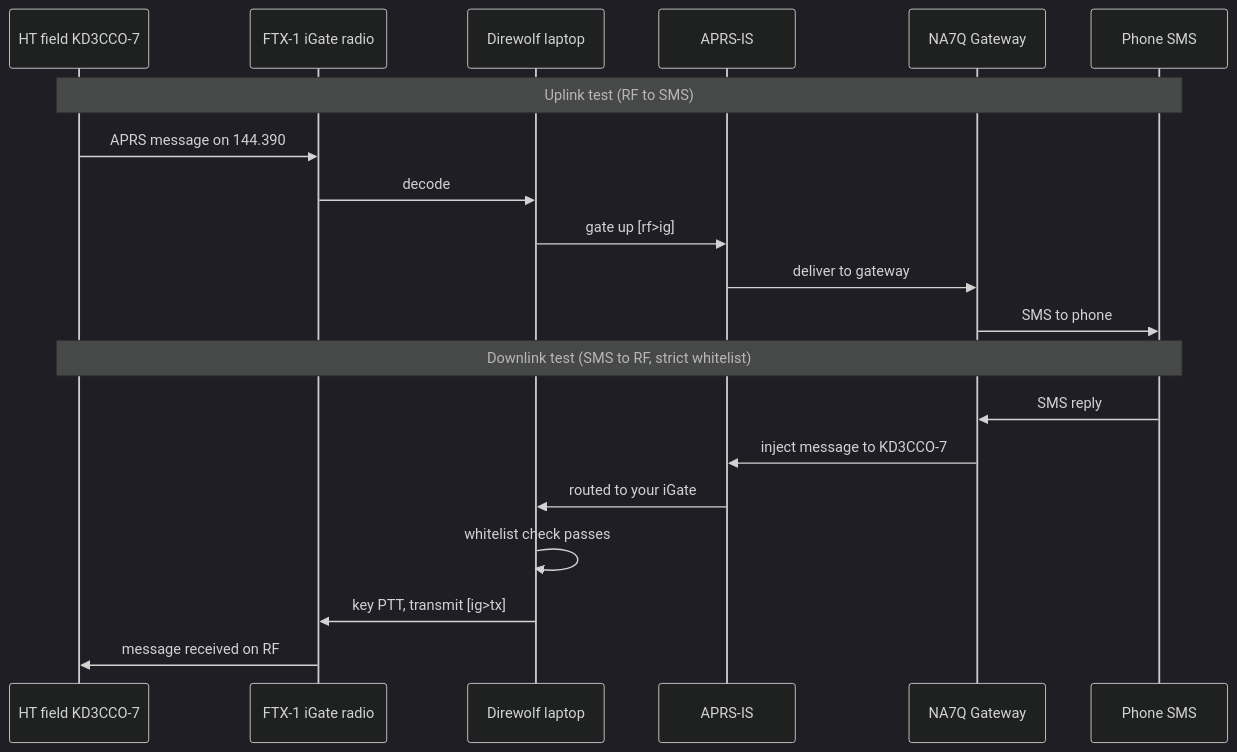
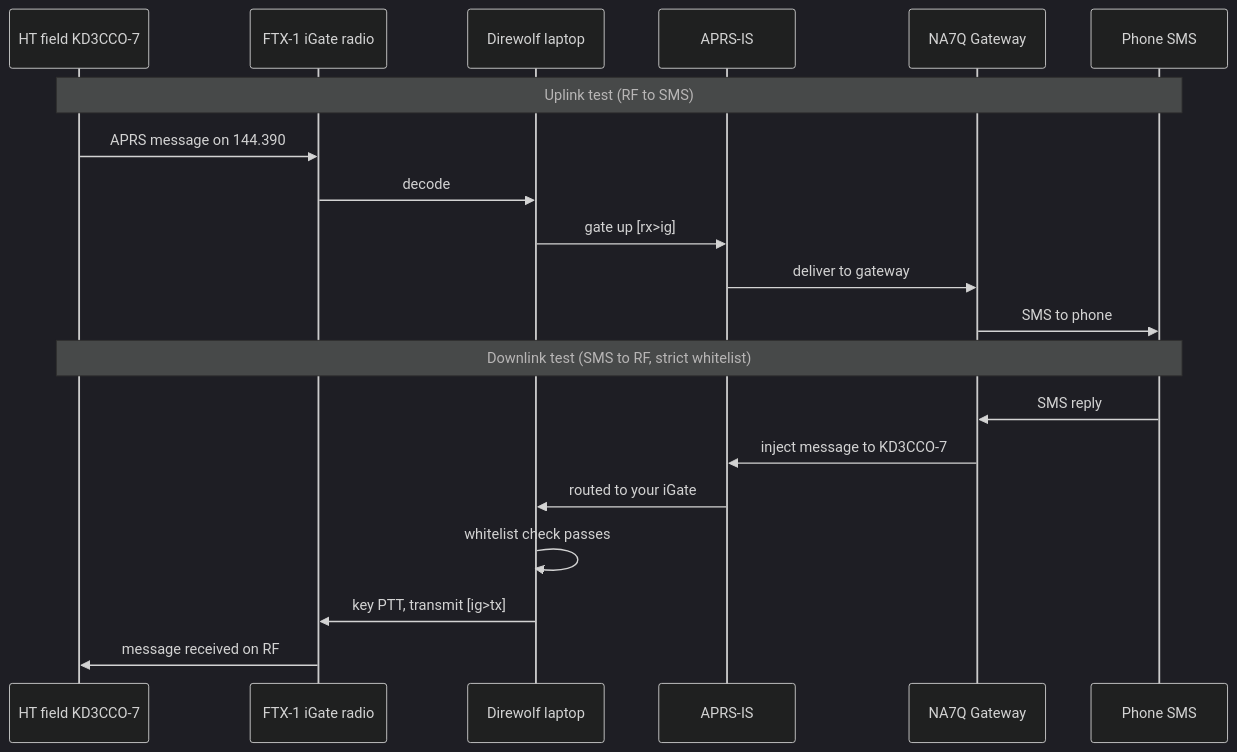
The fourth of 4 diagrams in aprs-igate-prototype-test.md (hatandspecs/aprs_igate_bidirectional_whitelist), drawn with Mermaid (dark theme) before and after one commit. The commit also changed other lines of this file and 4 other files, not shown here.

````diff
--- a/aprs-igate-prototype-test.md
+++ b/aprs-igate-prototype-test.md
@@ -182,24 +182,24 @@
 ```mermaid
 sequenceDiagram
     participant H as HT field KD3CCO-7
     participant R as FTX-1 iGate radio
     participant D as Direwolf laptop
     participant I as APRS-IS
     participant N as NA7Q Gateway
     participant P as Phone SMS
 
     Note over H,P: Uplink test (RF to SMS)
     H->>R: APRS message on 144.390
     R->>D: decode
-    D->>I: gate up [rf>ig]
+    D->>I: gate up [rx>ig]
     I->>N: deliver to gateway
     N->>P: SMS to phone
 
     Note over P,H: Downlink test (SMS to RF, strict whitelist)
     P->>N: SMS reply
     N->>I: inject message to KD3CCO-7
     I->>D: routed to your iGate
     D->>D: whitelist check passes
     D->>R: key PTT, transmit [ig>tx]
     R->>H: message received on RF
 ```
````
